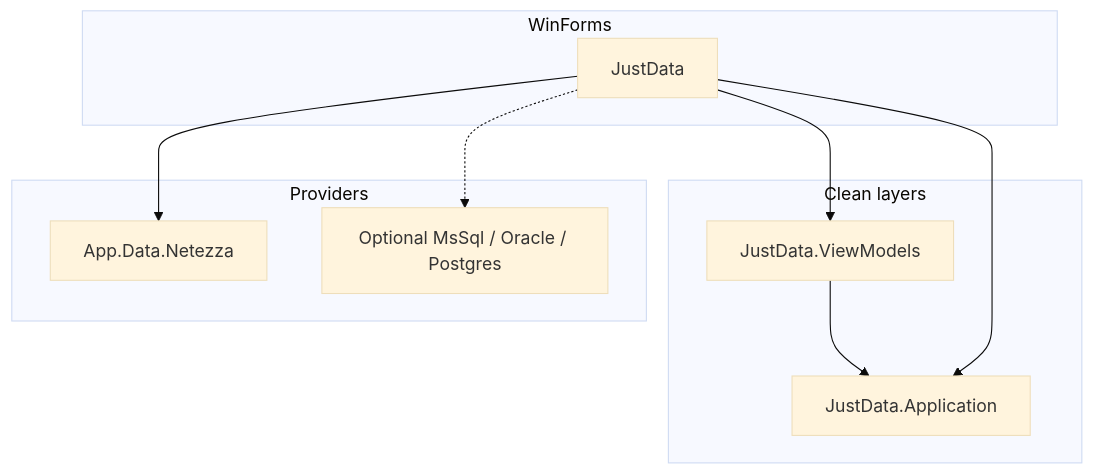
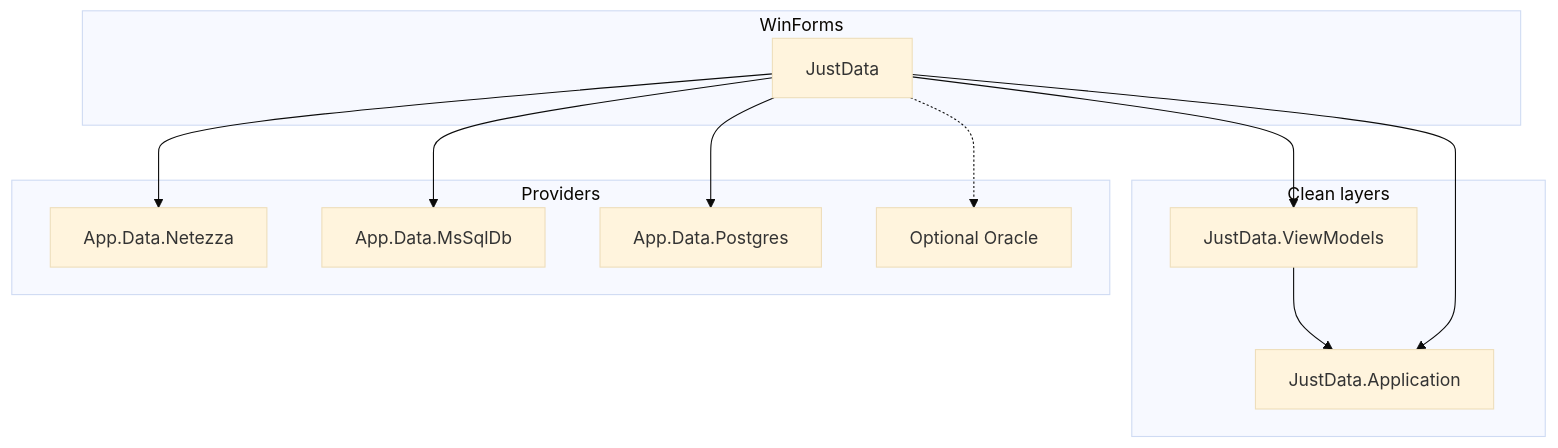
Before and after one commit to justybase/JustyBase.Legacy: the diagram in README.md, drawn with Mermaid (base theme). The commit also changed other lines of this file and 20 other files, not shown here.

Commit message:
Add provider schema and SQL authoring support

````diff
--- a/README.md
+++ b/README.md
@@ -79,22 +79,26 @@
 ```mermaid
 flowchart TB
   subgraph clean [Clean layers]
     JA[JustData.Application]
     JVM[JustData.ViewModels]
   end
 
   subgraph ui [WinForms]
     JD[JustData]
   end
 
   subgraph providers [Providers]
     NZ[App.Data.Netezza]
-    OPT[Optional MsSql / Oracle / Postgres]
+    MSSQL[App.Data.MsSqlDb]
+    PG[App.Data.Postgres]
+    OPT[Optional Oracle]
   end
 
   JVM --> JA
   JD --> JVM
   JD --> JA
   JD --> NZ
+  JD --> MSSQL
+  JD --> PG
   JD -.-> OPT
 ```
````
